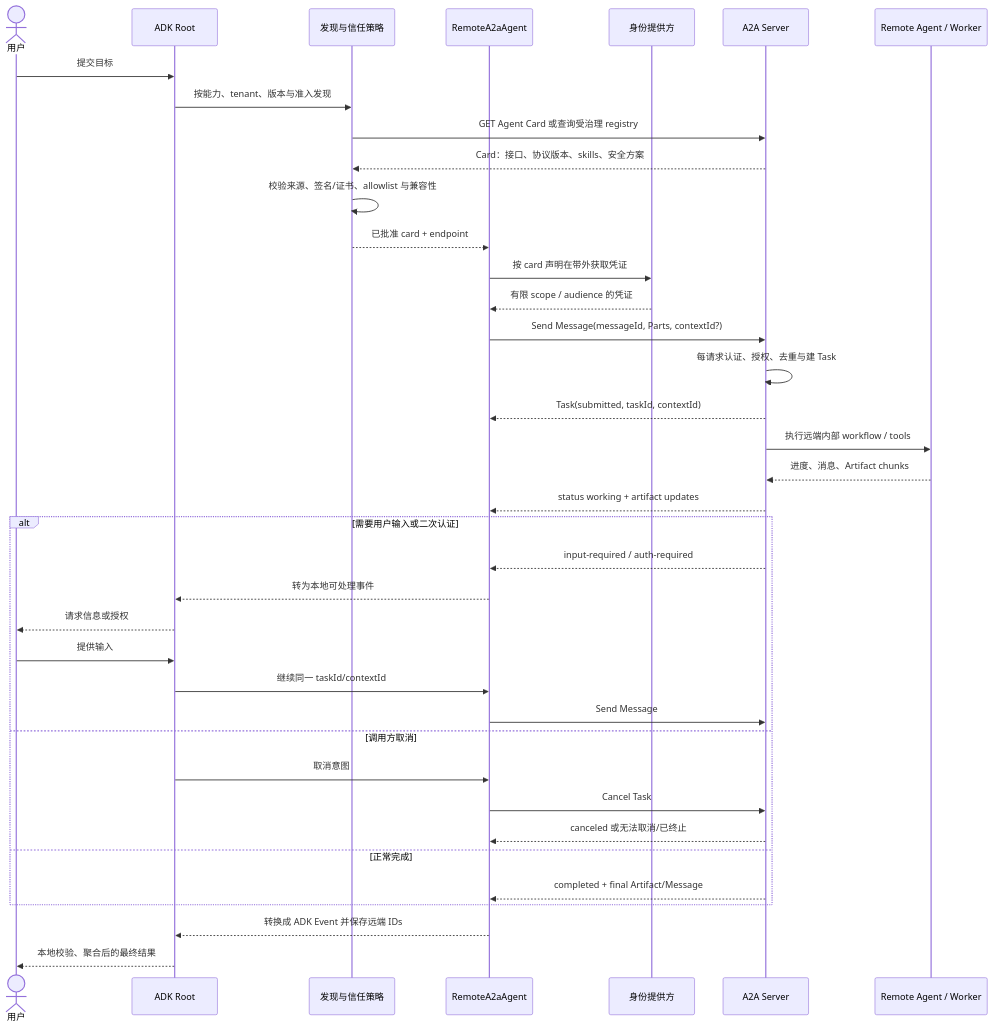
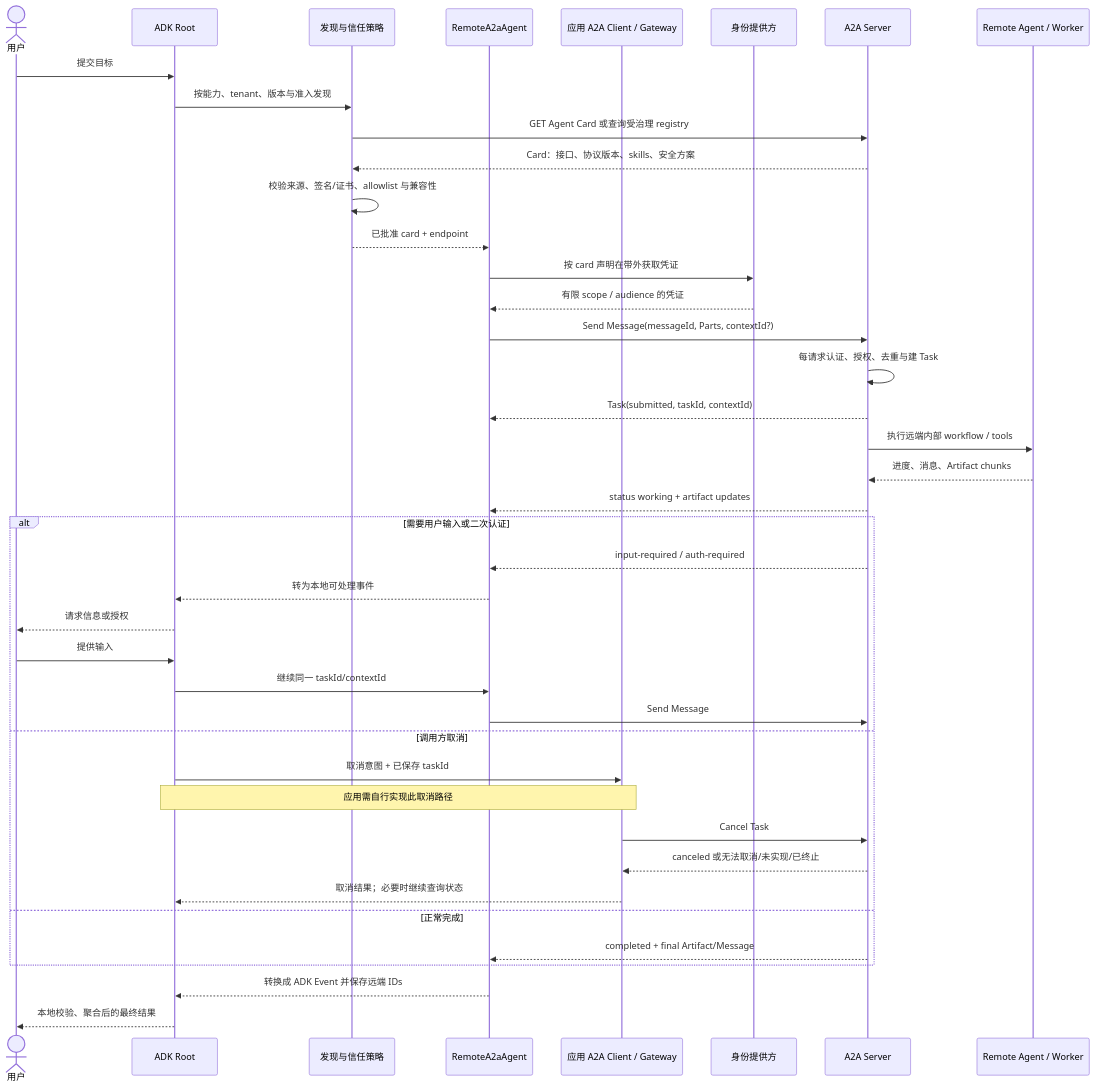
Before and after one commit to sealday/agentic-architecture-atlas: the second of 2 diagrams in content/cases/google-adk-a2a.mdx, drawn with Mermaid. The commit also changed other lines of this file, not shown here.

Commit message:
Clarify application-owned cancellation and event ordering
Constraint: Fixed ADK revision lacks RemoteA2aAgent cancellation mapping.
Confidence: high
Scope-risk: narrow
Tested: npm test passed 5/5; typecheck and diff checks passed; launch validation failed only for the expected AWS case.

````diff
--- a/content/cases/google-adk-a2a.mdx
+++ b/content/cases/google-adk-a2a.mdx
@@ -166,44 +167,47 @@
 ```mermaid
 sequenceDiagram
   accTitle: ADK 客户端与远端 A2A 服务的发现、认证和任务流
-  accDescr: 本地根智能体先经可信注册表或已配置地址取得并验证 Agent Card，再获取凭证并发送消息；远端可创建任务、流式发送状态和制品，客户端可尝试取消或在需要输入时继续任务，但本地与远端分别提交状态。
+  accDescr: 本地根智能体先经可信注册表或已配置地址取得并验证 Agent Card，再获取凭证并发送消息；远端可创建任务、流式发送状态和制品；若应用另建支持取消的 A2A 客户端或网关，可尝试取消任务，但固定版本 RemoteA2aAgent 没有端到端取消映射。
 
   actor U as 用户
   participant R as ADK Root
   participant D as 发现与信任策略
   participant P as RemoteA2aAgent
+  participant G as 应用 A2A Client / Gateway
   participant I as 身份提供方
   participant A as A2A Server
   participant W as Remote Agent / Worker
 
   U->>R: 提交目标
   R->>D: 按能力、tenant、版本与准入发现
   D->>A: GET Agent Card 或查询受治理 registry
   A-->>D: Card：接口、协议版本、skills、安全方案
   D->>D: 校验来源、签名/证书、allowlist 与兼容性
   D-->>P: 已批准 card + endpoint
   P->>I: 按 card 声明在带外获取凭证
   I-->>P: 有限 scope / audience 的凭证
   P->>A: Send Message(messageId, Parts, contextId?)
   A->>A: 每请求认证、授权、去重与建 Task
   A-->>P: Task(submitted, taskId, contextId)
   A->>W: 执行远端内部 workflow / tools
   W-->>A: 进度、消息、Artifact chunks
   A-->>P: status working + artifact updates
   alt 需要用户输入或二次认证
     A-->>P: input-required / auth-required
     P-->>R: 转为本地可处理事件
     R-->>U: 请求信息或授权
     U->>R: 提供输入
     R->>P: 继续同一 taskId/contextId
     P->>A: Send Message
   else 调用方取消
-    R->>P: 取消意图
-    P->>A: Cancel Task
-    A-->>P: canceled 或无法取消/已终止
+    R->>G: 取消意图 + 已保存 taskId
+    Note over R,G: 应用需自行实现此取消路径
+    G->>A: Cancel Task
+    A-->>G: canceled 或无法取消/未实现/已终止
+    G-->>R: 取消结果；必要时继续查询状态
   else 正常完成
     A-->>P: completed + final Artifact/Message
   end
   P-->>R: 转换成 ADK Event 并保存远端 IDs
   R-->>U: 本地校验、聚合后的最终结果
 ```
````
